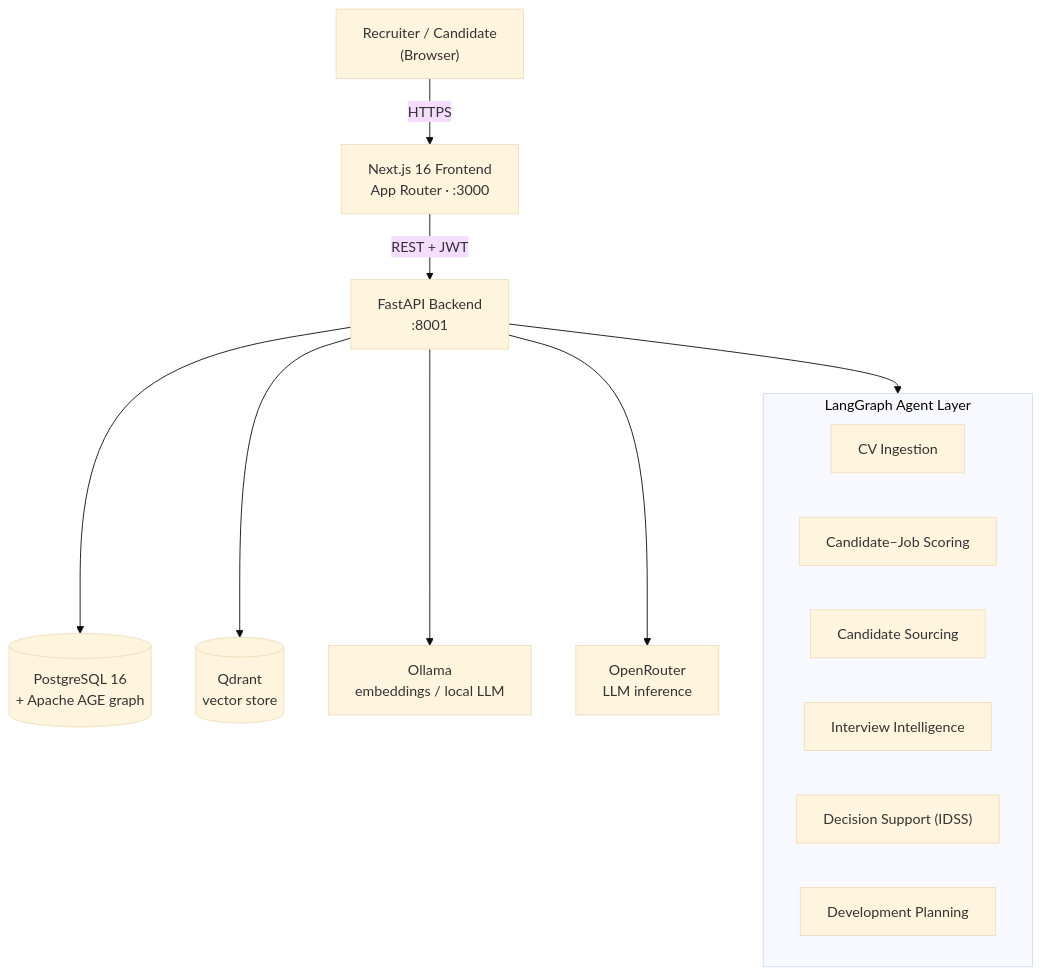
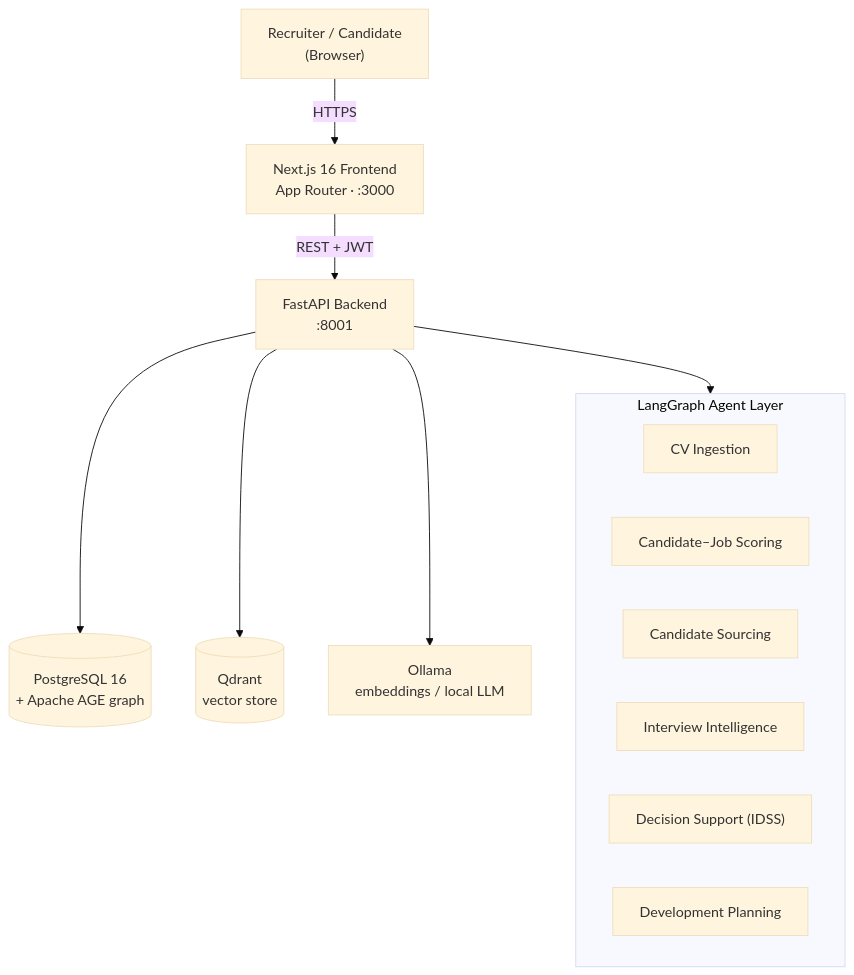
Before and after one commit to Abde1rahman-Osheba/Group-12-PATHS-Graduation-Project-2026: the diagram in Graduation_PATHS-main/README.md, drawn with Mermaid (base theme).

````diff
--- a/Graduation_PATHS-main/README.md
+++ b/Graduation_PATHS-main/README.md
@@ -60,21 +60,20 @@
 ```mermaid
 flowchart TB
     U["Recruiter / Candidate<br/>(Browser)"] -->|HTTPS| FE["Next.js 16 Frontend<br/>App Router · :3000"]
     FE -->|"REST + JWT"| BE["FastAPI Backend<br/>:8001"]
 
     subgraph AGENTS["LangGraph Agent Layer"]
         direction LR
         A1[CV Ingestion]
         A2[Candidate–Job Scoring]
         A3[Candidate Sourcing]
         A4[Interview Intelligence]
         A5["Decision Support (IDSS)"]
         A6[Development Planning]
     end
 
     BE --> AGENTS
     BE --> PG[("PostgreSQL 16<br/>+ Apache AGE graph")]
     BE --> QD[("Qdrant<br/>vector store")]
     BE --> OL["Ollama<br/>embeddings / local LLM"]
-    BE --> OR["OpenRouter<br/>LLM inference"]
 ```
````
